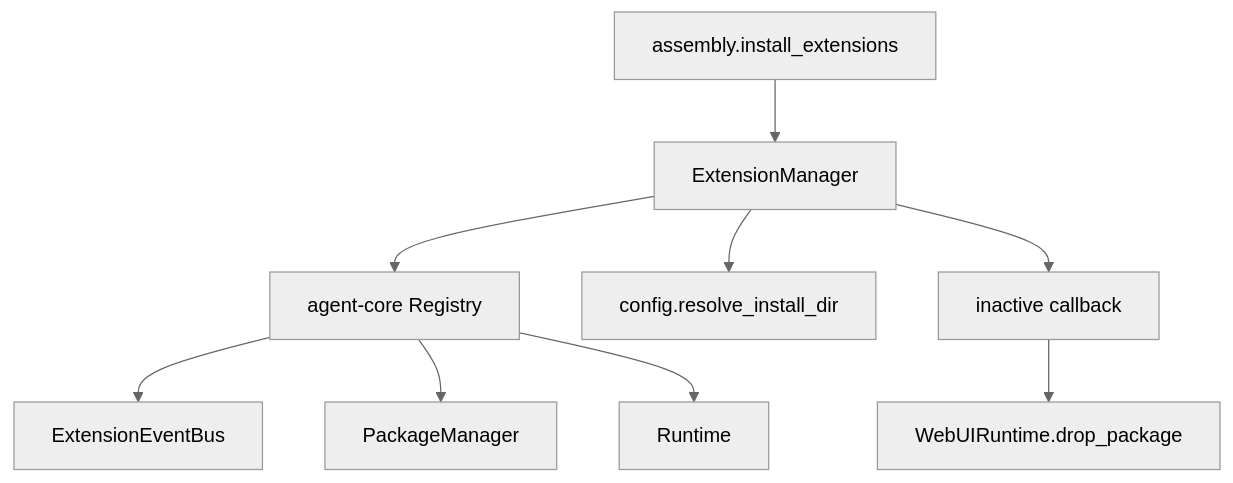
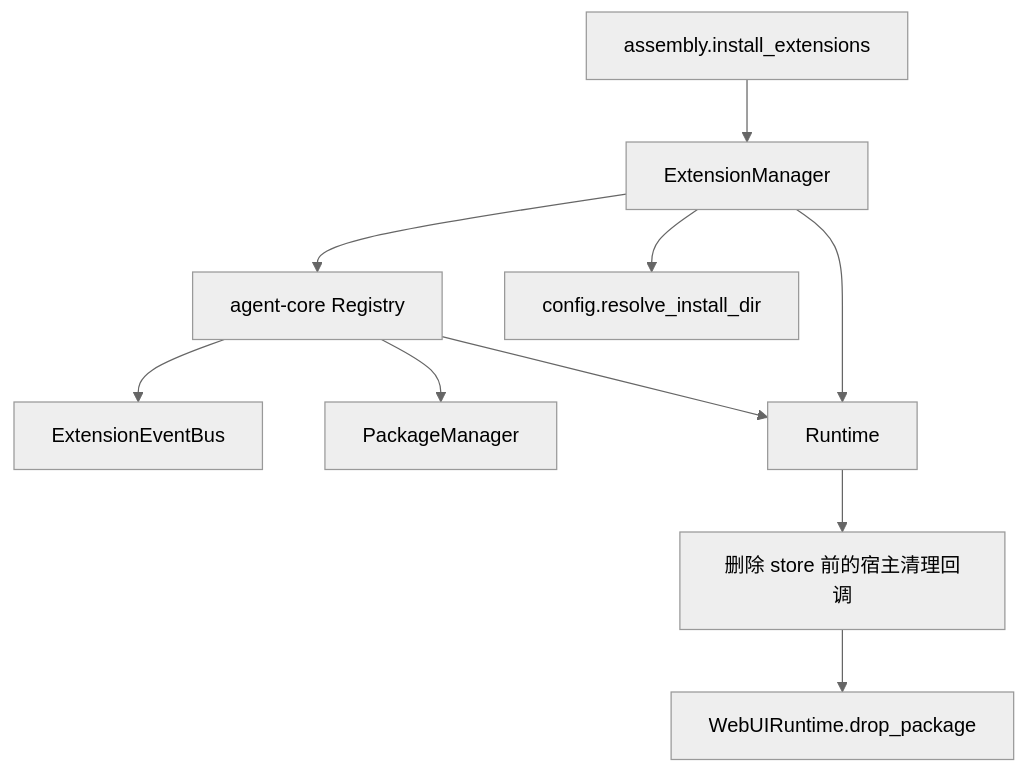
The first of 2 diagrams in jiuwenswarm/extensions_v2/docs/features/F_03_registry-facade.md (openJiuwen-ai/jiuwenswarm), drawn with Mermaid (neutral theme) before and after one commit. The commit also changed other lines of this file and 17 other files, not shown here.

````diff
--- a/jiuwenswarm/extensions_v2/docs/features/F_03_registry-facade.md
+++ b/jiuwenswarm/extensions_v2/docs/features/F_03_registry-facade.md
@@ -43,11 +43,12 @@
 ```mermaid
 flowchart TB
     ASM["assembly.install_extensions"] --> MGR["ExtensionManager"]
     MGR --> REG["agent-core Registry"]
     REG --> BUS["ExtensionEventBus"]
     REG --> PM["PackageManager"]
     REG --> RT["Runtime"]
     MGR --> CFG["config.resolve_install_dir"]
-    MGR --> CB["inactive callback"]
+    MGR --> RT
+    RT --> CB["删除 store 前的宿主清理回调"]
     CB --> UI["WebUIRuntime.drop_package"]
 ```
````
